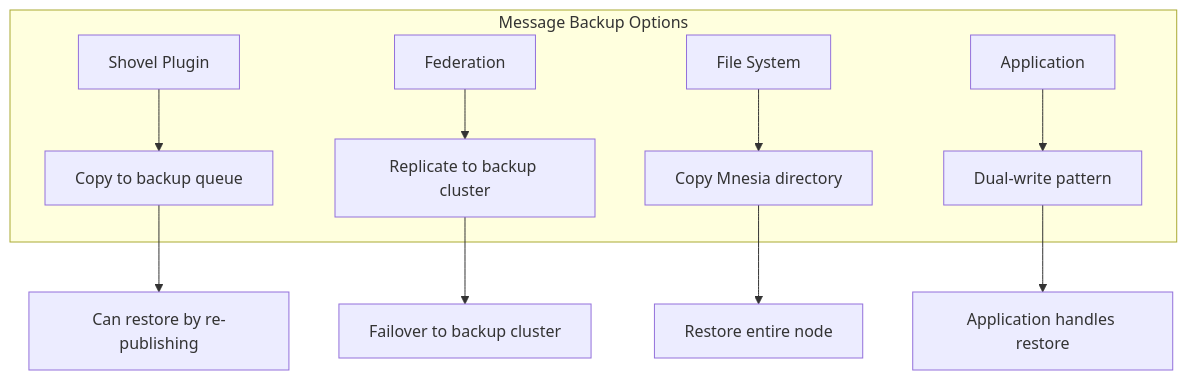
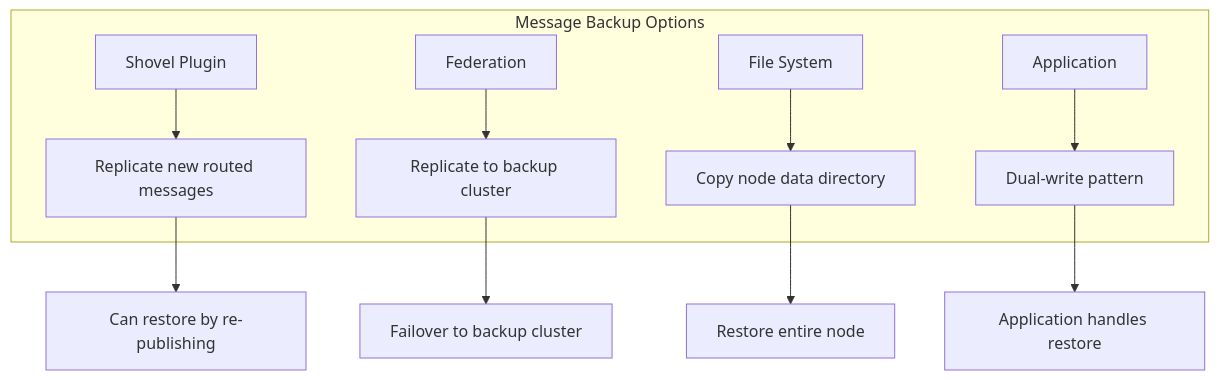
The second of 4 diagrams in posts/2026-01-24-backup-restore-rabbitmq/README.md (OneUptime/blog), drawn with Mermaid before and after one commit. The commit also changed other lines of this file and 4262 other files, not shown here.

````diff
--- a/posts/2026-01-24-backup-restore-rabbitmq/README.md
+++ b/posts/2026-01-24-backup-restore-rabbitmq/README.md
@@ -226,14 +227,14 @@
 ```mermaid
 flowchart TD
     subgraph "Message Backup Options"
-        A[Shovel Plugin] --> B[Copy to backup queue]
+        A[Shovel Plugin] --> B[Replicate new routed messages]
         C[Federation] --> D[Replicate to backup cluster]
-        E[File System] --> F[Copy Mnesia directory]
+        E[File System] --> F[Copy node data directory]
         G[Application] --> H[Dual-write pattern]
     end
 
     B --> R1[Can restore by re-publishing]
     D --> R2[Failover to backup cluster]
     F --> R3[Restore entire node]
     H --> R4[Application handles restore]
 ```
````
